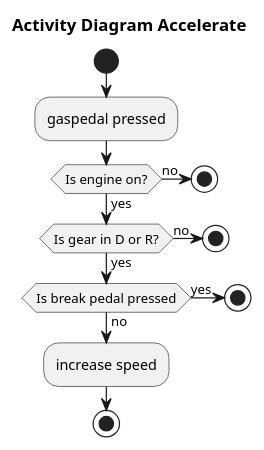
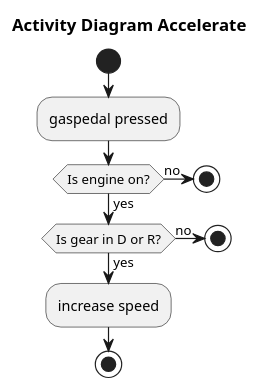
The diagram in Docs/src/ActivityDiagram_Accelerate.iuml (SubspaceBob/bootcamp_project), drawn with PlantUML before and after one commit. The commit also changed 7 other files, not shown here.

```diff
--- a/Docs/src/ActivityDiagram_Accelerate.iuml
+++ b/Docs/src/ActivityDiagram_Accelerate.iuml
@@ -1,19 +1,15 @@
 @startuml
 title Activity Diagram Accelerate
 start
 :gaspedal pressed;
 if (Is engine on?) then (yes)
     if (Is gear in D or R?) then (yes)
-        if (Is break pedal pressed) then (no)
         :increase speed;
-else (yes)
-stop
-endif
 else (no)
 stop 
 endif
 else (no)
 stop
 endif 
 stop                   
 @enduml
```
